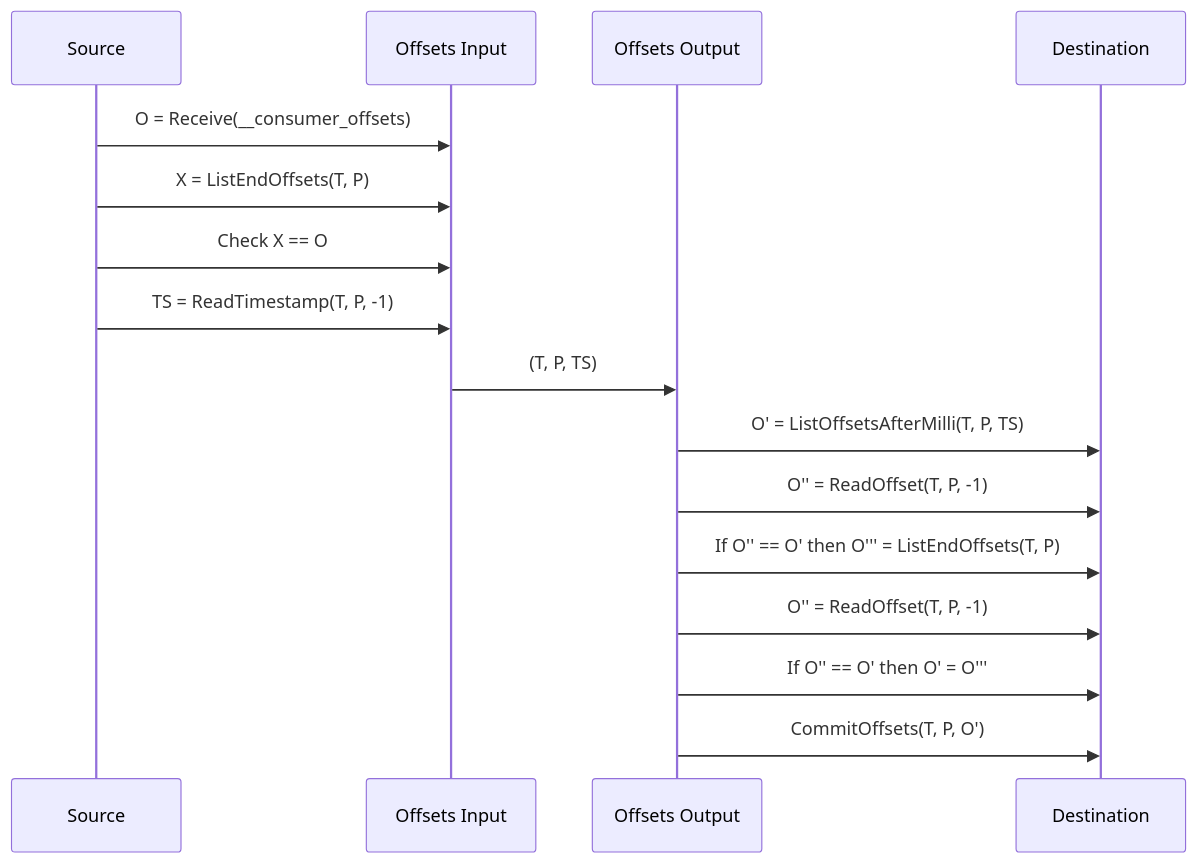
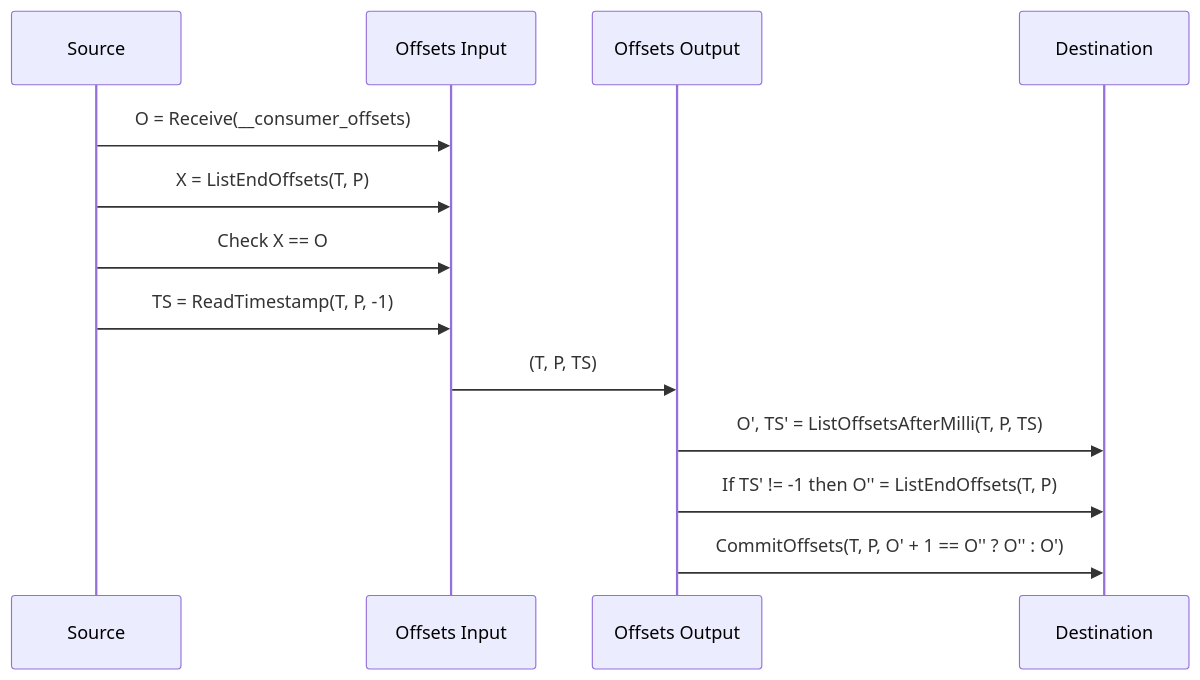
One commit to redpanda-data/connect changed the second of 4 diagrams in internal/impl/kafka/enterprise/redpanda_migrator.md. Above: the diagram before and after it, drawn with Mermaid. The commit also changed other lines of this file and 2 other files, not shown here.

Commit message:
Simplify redpanda_migrator_offsets output logic

````diff
--- a/internal/impl/kafka/enterprise/redpanda_migrator.md
+++ b/internal/impl/kafka/enterprise/redpanda_migrator.md
@@ -39,15 +44,17 @@
 ```mermaid
 sequenceDiagram
+
+participant Source
+participant Offsets Input
+participant Offsets Output
+participant Destination
 
 Source->>Offsets Input: O = Receive(__consumer_offsets)
 Source->>Offsets Input: X = ListEndOffsets(T, P)
 Source->>Offsets Input: Check X == O
 Source->>Offsets Input: TS = ReadTimestamp(T, P, -1)
 Offsets Input->>Offsets Output: (T, P, TS)
-Offsets Output->>Destination: O' = ListOffsetsAfterMilli(T, P, TS)
-Offsets Output->>Destination: O'' = ReadOffset(T, P, -1)
-Offsets Output->>Destination: If O'' == O' then O''' = ListEndOffsets(T, P)
-Offsets Output->>Destination: O'' = ReadOffset(T, P, -1)
-Offsets Output->>Destination: If O'' == O' then O' = O'''
-Offsets Output->>Destination: CommitOffsets(T, P, O')
+Offsets Output->>Destination: O', TS' = ListOffsetsAfterMilli(T, P, TS)
+Offsets Output->>Destination: If TS' != -1 then O'' = ListEndOffsets(T, P)
+Offsets Output->>Destination: CommitOffsets(T, P, O' + 1 ==  O'' ? O'' : O')
 ```
````
